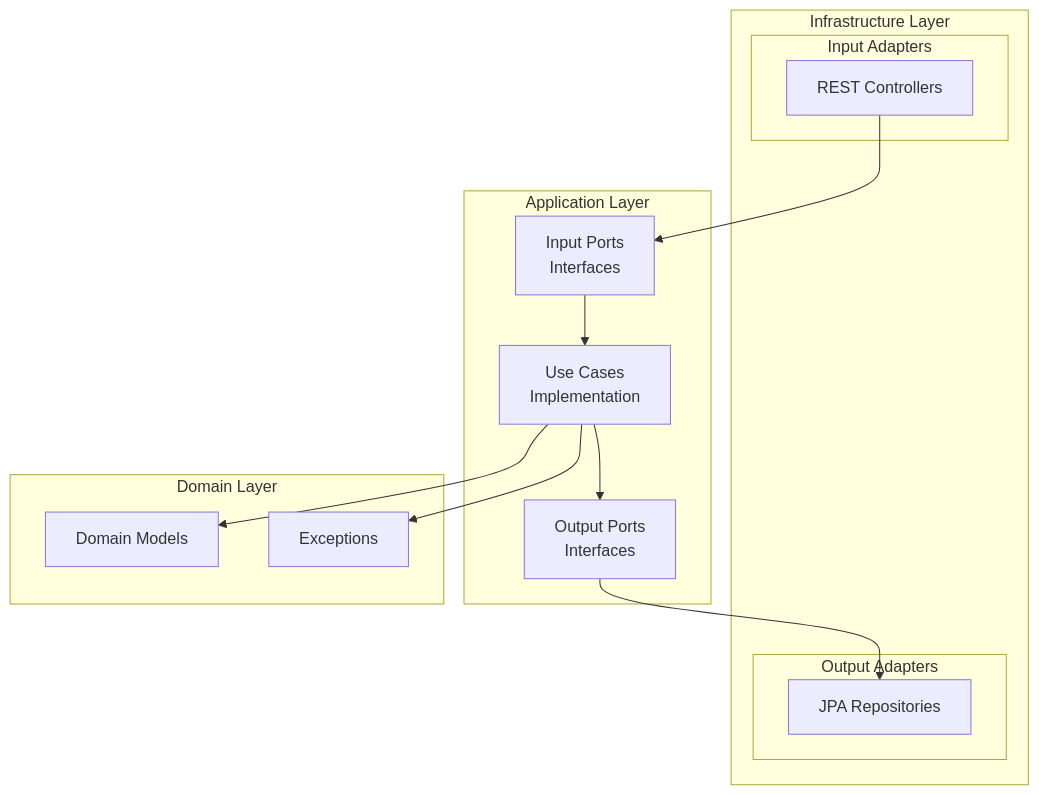
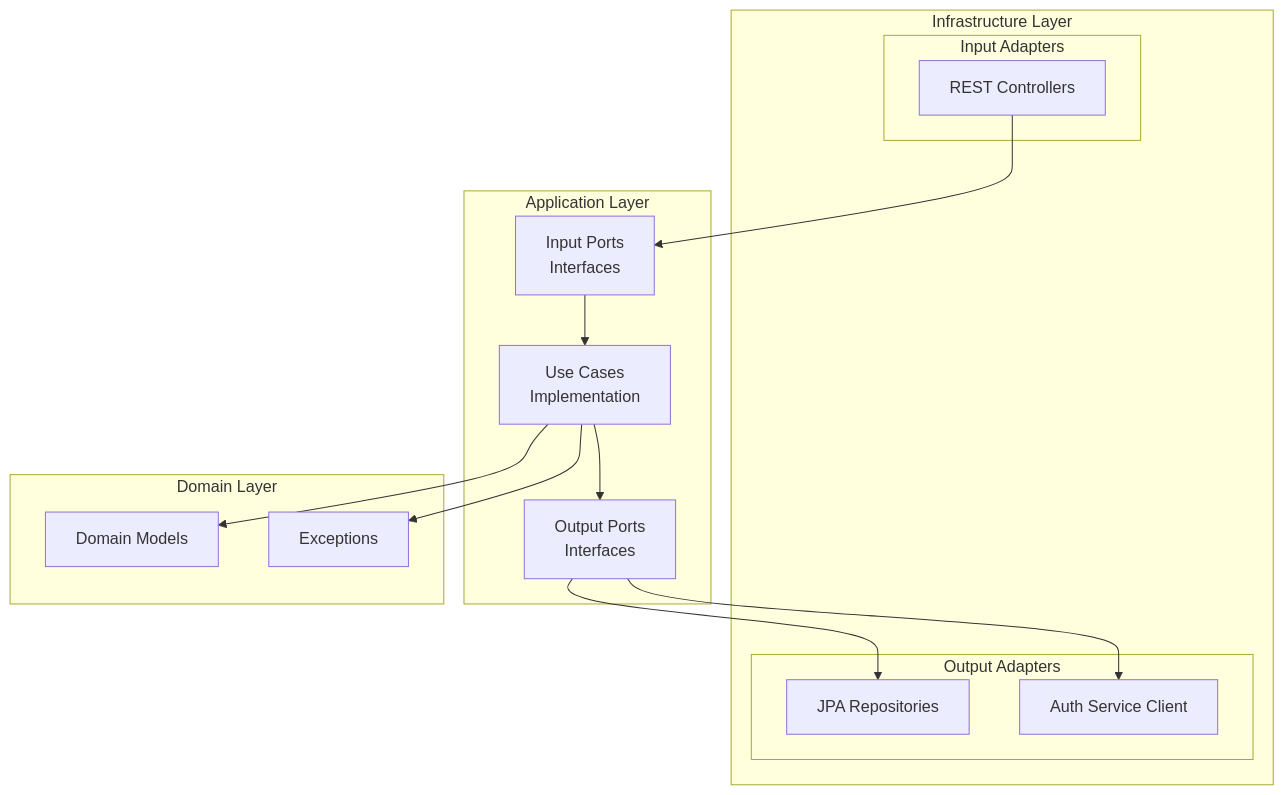
One commit to ivanhernandez-dev/url-shortener changed the first of 2 diagrams in README.md. Above: the diagram before and after it, drawn with Mermaid. The commit also changed other lines of this file and 35 other files, not shown here.

Commit message:
Add shortener and auth service integration

````diff
--- a/README.md
+++ b/README.md
@@ -48,29 +49,31 @@
 ```mermaid
 graph TB
     subgraph Infrastructure Layer
         subgraph Input Adapters
             RC[REST Controllers]
         end
         subgraph Output Adapters
             JPA[JPA Repositories]
+            AUTH[Auth Service Client]
         end
     end
     
     subgraph Application Layer
         IP[Input Ports<br/>Interfaces]
         UC[Use Cases<br/>Implementation]
         OP[Output Ports<br/>Interfaces]
     end
     
     subgraph Domain Layer
         DM[Domain Models]
         EX[Exceptions]
     end
     
     RC --> IP
     IP --> UC
     UC --> OP
     OP --> JPA
+    OP --> AUTH
     UC --> DM
     UC --> EX
 ```
````
